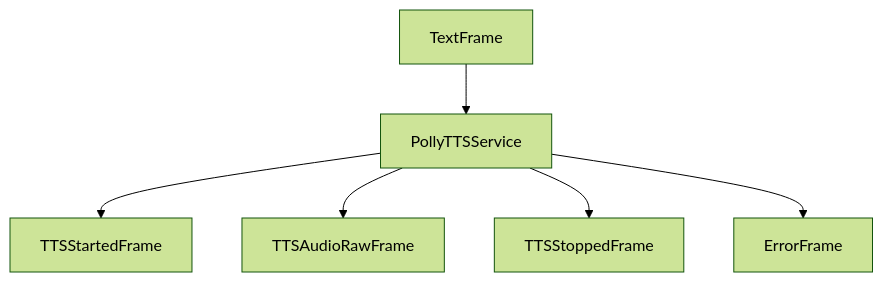
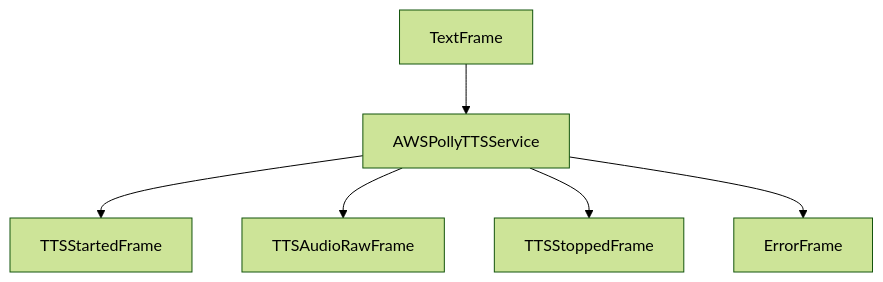
The diagram in server/services/tts/aws.mdx (pipecat-ai/docs), drawn with Mermaid (forest theme) before and after one commit. The commit also changed other lines of this file and 4 other files, not shown here.

````diff
--- a/server/services/tts/aws.mdx
+++ b/server/services/tts/aws.mdx
@@ -175,8 +231,8 @@
 ```mermaid
 graph TD
-    A[TextFrame] --> B[PollyTTSService]
+    A[TextFrame] --> B[AWSPollyTTSService]
     B --> C[TTSStartedFrame]
     B --> D[TTSAudioRawFrame]
     B --> E[TTSStoppedFrame]
     B --> F[ErrorFrame]
 ```
````
